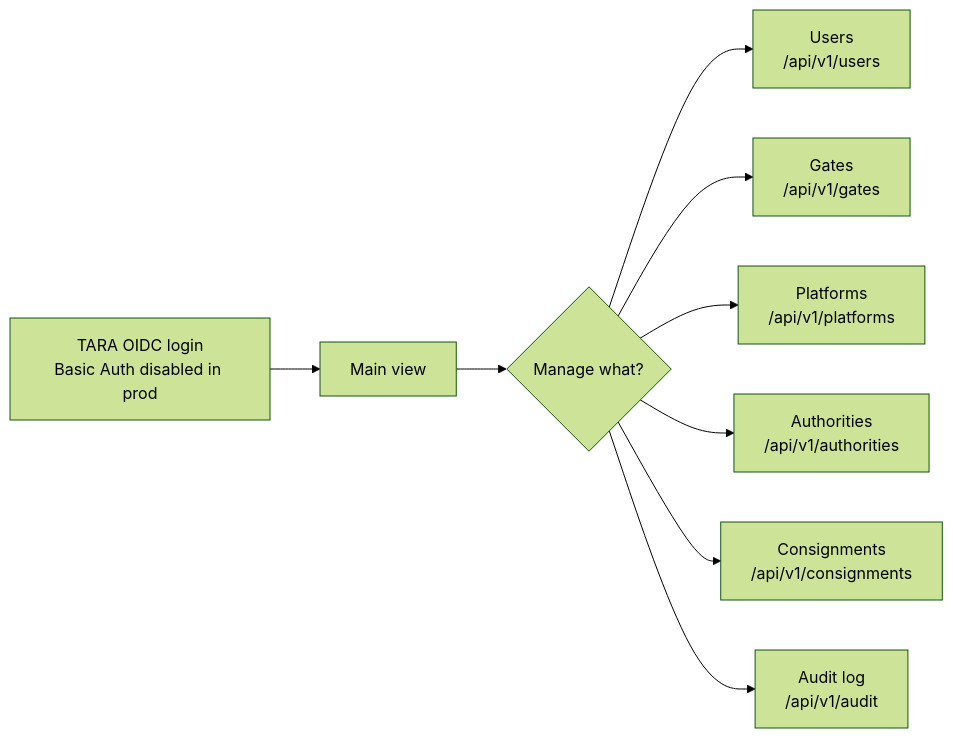
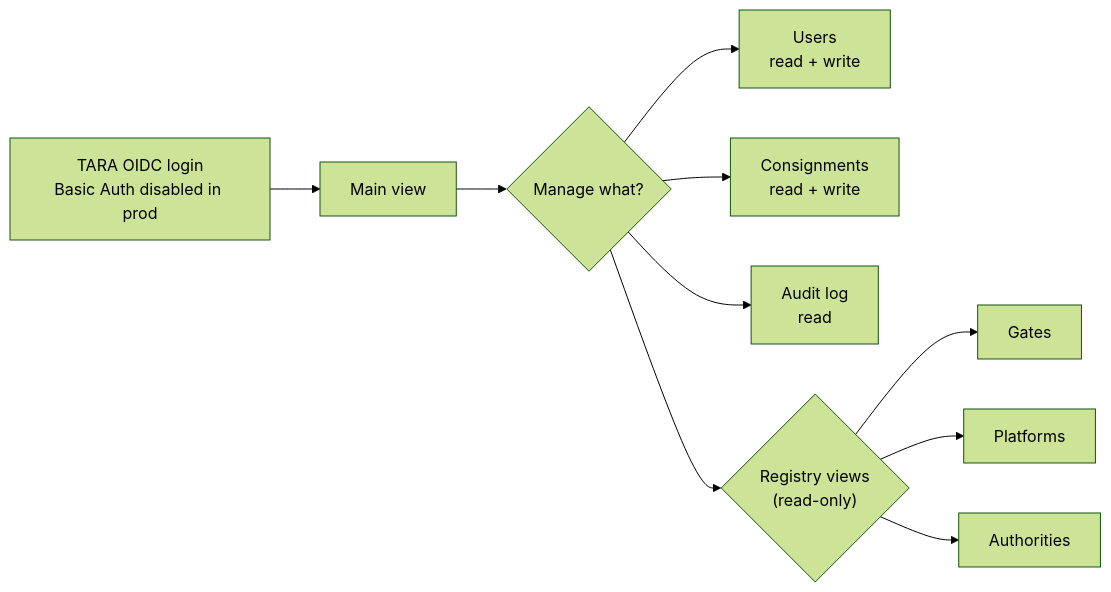
One commit to kemit-ee/efti-gate-ee changed the diagram in docs/architecture/user-interfaces/admin_ui.md. Above: the diagram before and after it, drawn with Mermaid (forest theme). The commit also changed other lines of this file and 101 other files, not shown here.

Commit message:
move registries to git, remove admin interface CRUD (remains read-only)

````diff
--- a/docs/architecture/user-interfaces/admin_ui.md
+++ b/docs/architecture/user-interfaces/admin_ui.md
@@ -13,11 +17,12 @@
 ```mermaid
 flowchart LR
     Login[TARA OIDC login<br/>Basic Auth disabled in prod] --> Home[Main view]
     Home --> Manage{Manage what?}
-    Manage --> Users[Users<br/>/api/v1/users]
-    Manage --> Gates[Gates<br/>/api/v1/gates]
-    Manage --> Platforms[Platforms<br/>/api/v1/platforms]
-    Manage --> Authorities[Authorities<br/>/api/v1/authorities]
-    Manage --> Cons[Consignments<br/>/api/v1/consignments]
-    Manage --> Audit[Audit log<br/>/api/v1/audit]
+    Manage --> Users[Users<br/>read + write]
+    Manage --> Cons[Consignments<br/>read + write]
+    Manage --> Audit[Audit log<br/>read]
+    Manage --> Read{"Registry views<br/>(read-only)"}
+    Read --> Gates[Gates]
+    Read --> Platforms[Platforms]
+    Read --> Authorities[Authorities]
 ```
````
